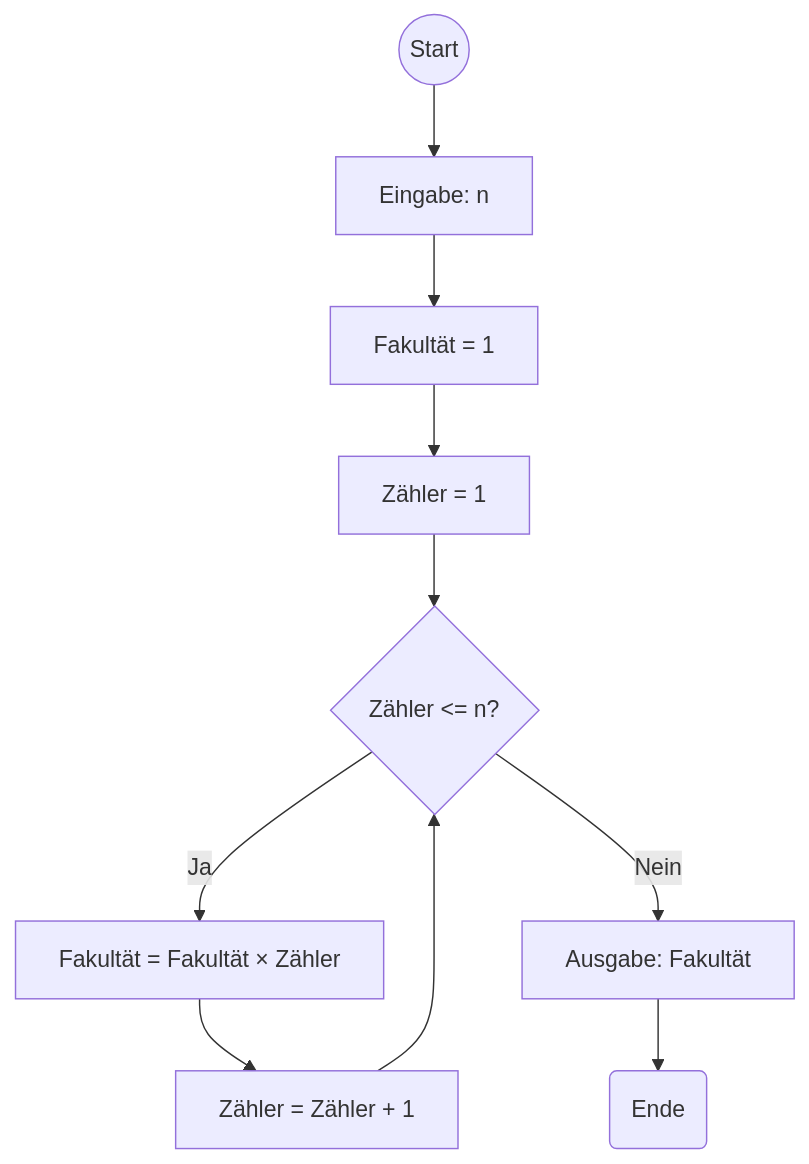
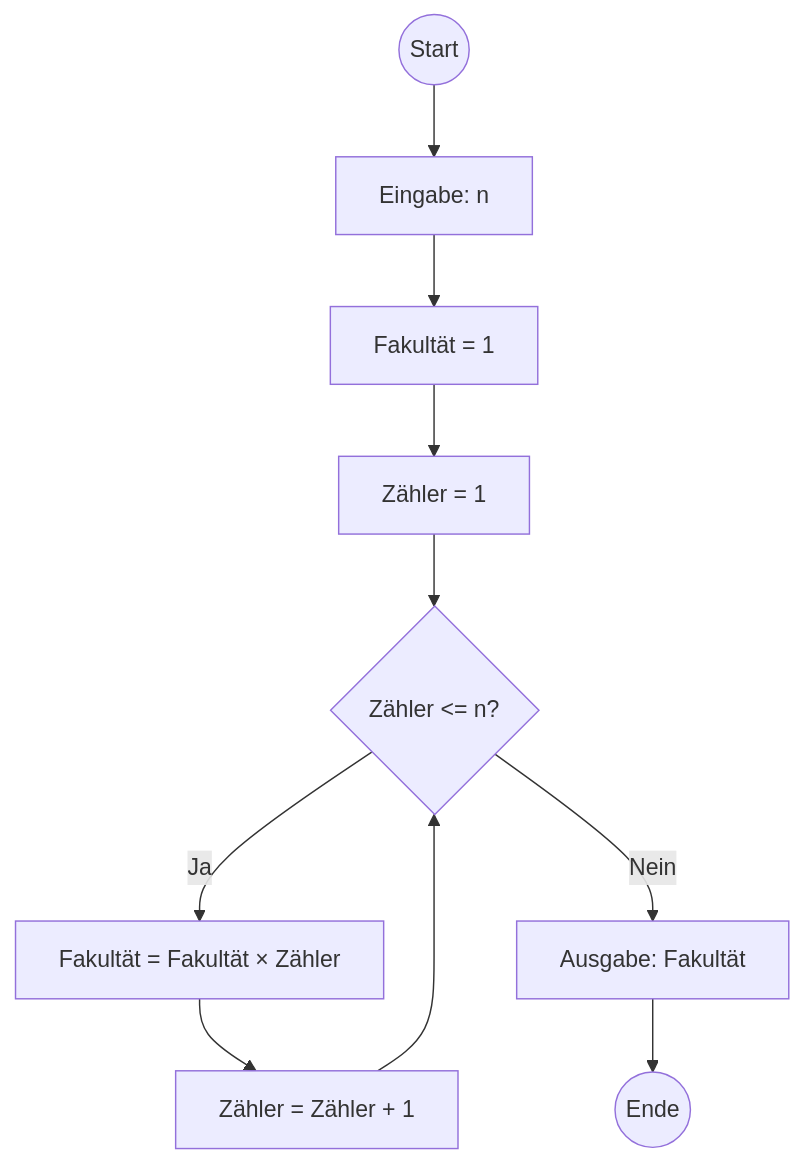
Diagram 16 of 16 in 2_Flussdiagramme/flussdiagramm_basics.md (jahnhtl/embedded_systems), drawn with Mermaid before and after one commit. The commit also changed other lines of this file and 2 other files, not shown here.

Commit message:
Korrektur Schritt 3, Flussdiagramme Updates

````diff
--- a/2_Flussdiagramme/flussdiagramm_basics.md
+++ b/2_Flussdiagramme/flussdiagramm_basics.md
@@ -286,12 +288,12 @@
 ```mermaid
 flowchart TD
     A((Start)) --> B[Eingabe: n]
     B --> C[Fakultät = 1]
     C --> D[Zähler = 1]
     D --> E{Zähler <= n?}
     E -->|Ja| F[Fakultät = Fakultät × Zähler]
     F --> G[Zähler = Zähler + 1]
     G --> E
     E -->|Nein| H[Ausgabe: Fakultät]
-    H --> I(Ende)
+    H --> I((Ende))
 ```
````
